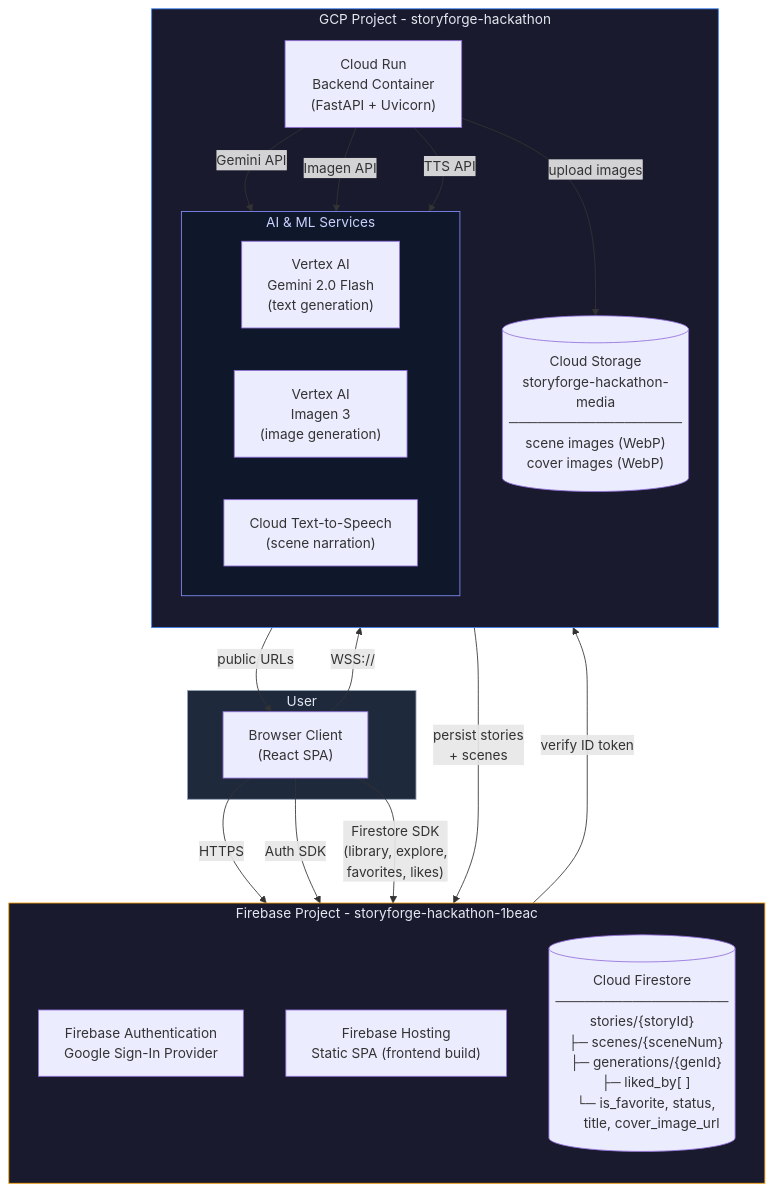
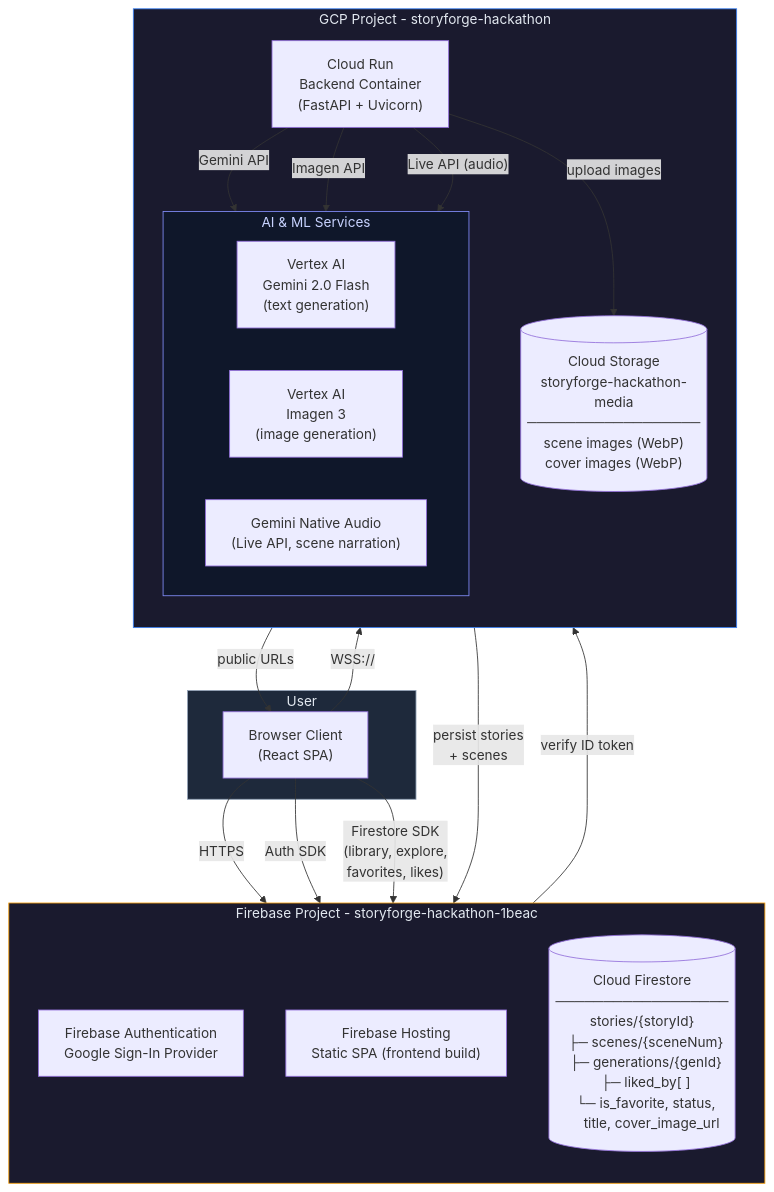
The second of 8 diagrams in README.md (Dileep2896/reveria), drawn with Mermaid before and after one commit. The commit also changed other lines of this file and 54 other files, not shown here.

````diff
--- a/README.md
+++ b/README.md
@@ -153,45 +175,45 @@
 ```mermaid
 flowchart TB
     subgraph User["User"]
         Browser["Browser Client<br/>(React SPA)"]
     end
 
     subgraph Firebase["Firebase Project - storyforge-hackathon-1beac"]
         direction TB
         FBAuth["Firebase Authentication<br/>Google Sign-In Provider"]
         FBHosting["Firebase Hosting<br/>Static SPA (frontend build)"]
         FBFirestore[("Cloud Firestore<br/>──────────────────<br/>stories/{storyId}<br/>  ├─ scenes/{sceneNum}<br/>  ├─ generations/{genId}<br/>  ├─ liked_by[ ]<br/>  └─ is_favorite, status,<br/>     title, cover_image_url")]
     end
 
     subgraph GCP["GCP Project - storyforge-hackathon"]
         direction TB
         CloudRun["Cloud Run<br/>Backend Container<br/>(FastAPI + Uvicorn)"]
 
         subgraph AI["AI & ML Services"]
             direction LR
             VertexGemini["Vertex AI<br/>Gemini 2.0 Flash<br/>(text generation)"]
             VertexImagen["Vertex AI<br/>Imagen 3<br/>(image generation)"]
-            GTTS["Cloud Text-to-Speech<br/>(scene narration)"]
+            GTTS["Gemini Native Audio<br/>(Live API, scene narration)"]
         end
 
         GCSBucket[("Cloud Storage<br/>storyforge-hackathon-media<br/>──────────────────<br/>scene images (WebP)<br/>cover images (WebP)")]
     end
 
     Browser -->|"HTTPS"| FBHosting
     Browser -->|"WSS://"| CloudRun
     Browser -->|"Auth SDK"| FBAuth
     Browser -->|"Firestore SDK<br/>(library, explore,<br/>favorites, likes)"| FBFirestore
 
     FBAuth -->|"verify ID token"| CloudRun
     CloudRun -->|"Gemini API"| VertexGemini
     CloudRun -->|"Imagen API"| VertexImagen
-    CloudRun -->|"TTS API"| GTTS
+    CloudRun -->|"Live API (audio)"| GTTS
     CloudRun -->|"persist stories<br/>+ scenes"| FBFirestore
     CloudRun -->|"upload images"| GCSBucket
     GCSBucket -->|"public URLs"| Browser
 
     style User fill:#1e293b,stroke:#94a3b8,color:#e2e8f0
     style Firebase fill:#1a1a2e,stroke:#f59e0b,color:#e2e8f0
     style GCP fill:#1a1a2e,stroke:#3b82f6,color:#e2e8f0
     style AI fill:#0f172a,stroke:#818cf8,color:#c7d2fe
 ```
````
